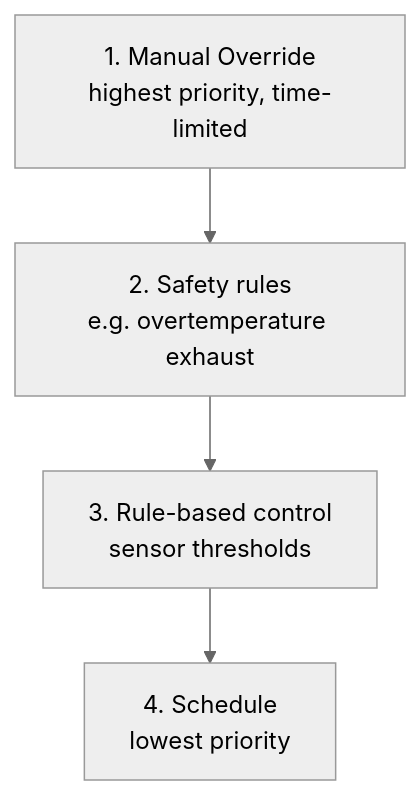
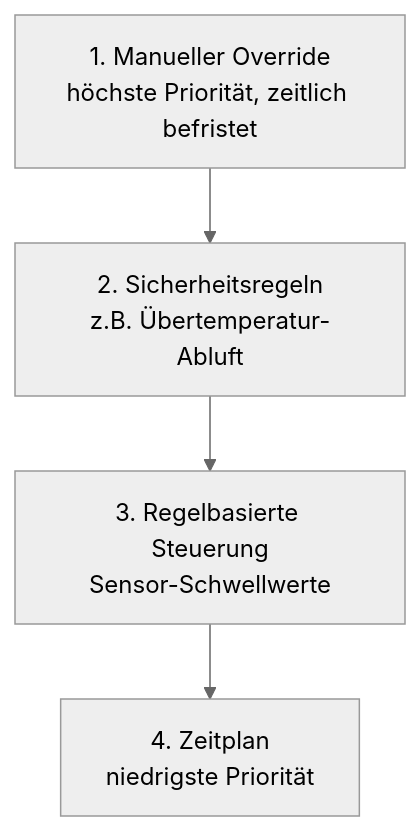
One commit to nolte/kamerplanter changed the second of 2 diagrams in docs/de/user-guide/actuator-control.md. Above: the diagram before and after it, drawn with Mermaid (neutral theme). The commit also changed other lines of this file and 7 other files, not shown here.

First line of the commit message:
docs(actuators): document REQ-018 environment control safety behaviours

````diff
--- a/docs/de/user-guide/actuator-control.md
+++ b/docs/de/user-guide/actuator-control.md
@@ -187,8 +128,8 @@
 ```mermaid
 flowchart TB
-    M[1. Manual Override<br/>highest priority, time-limited]
-    S[2. Safety rules<br/>e.g. overtemperature exhaust]
-    R[3. Rule-based control<br/>sensor thresholds]
-    Z[4. Schedule<br/>lowest priority]
+    M[1. Manueller Override<br/>höchste Priorität, zeitlich befristet]
+    S[2. Sicherheitsregeln<br/>z.B. Übertemperatur-Abluft]
+    R[3. Regelbasierte Steuerung<br/>Sensor-Schwellwerte]
+    Z[4. Zeitplan<br/>niedrigste Priorität]
     M --> S --> R --> Z
 ```
````
